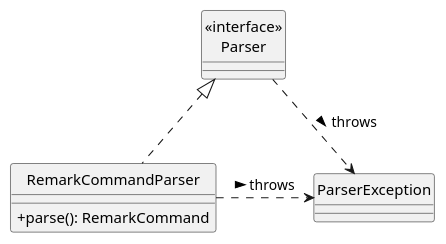
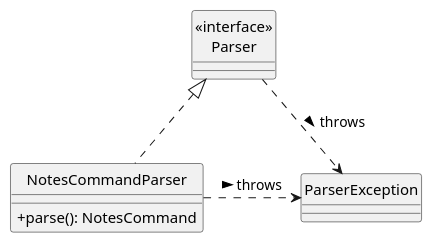
The diagram in diagrams/add-remark/ParserClass.puml (deltaMinor/tp), drawn with PlantUML before and after one commit. The commit also changed 26 other files, not shown here.

```diff
--- a/diagrams/add-remark/ParserClass.puml
+++ b/diagrams/add-remark/ParserClass.puml
@@ -1,14 +1,14 @@
 @startuml
 hide circle
 skinparam classAttributeIconSize 0
 
 Class "<<interface>>\nParser" as Parser
-Class RemarkCommandParser {
-  +parse(): RemarkCommand
+Class NotesCommandParser {
+  +parse(): NotesCommand
 }
 Class ParserException
 
-RemarkCommandParser .up.|> Parser
+NotesCommandParser .up.|> Parser
 Parser .right.> ParserException: throws >
-RemarkCommandParser .right.> ParserException: throws >
+NotesCommandParser .right.> ParserException: throws >
 @enduml
```
